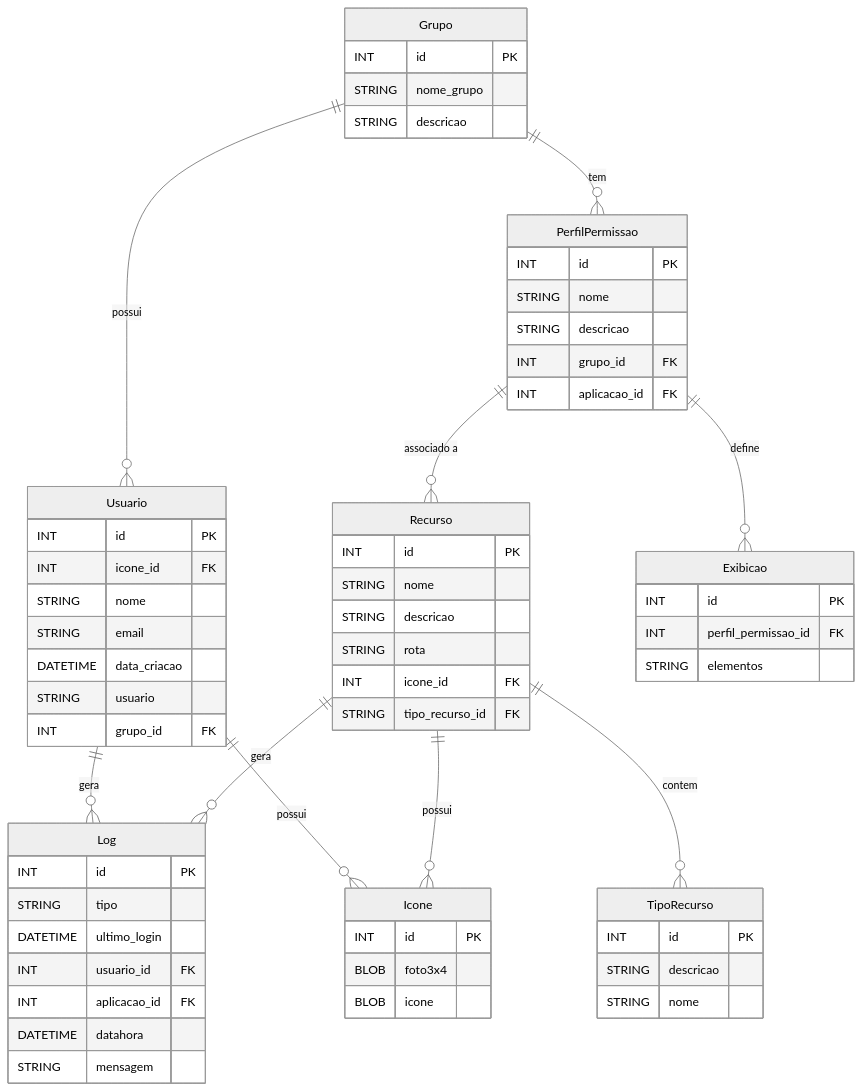
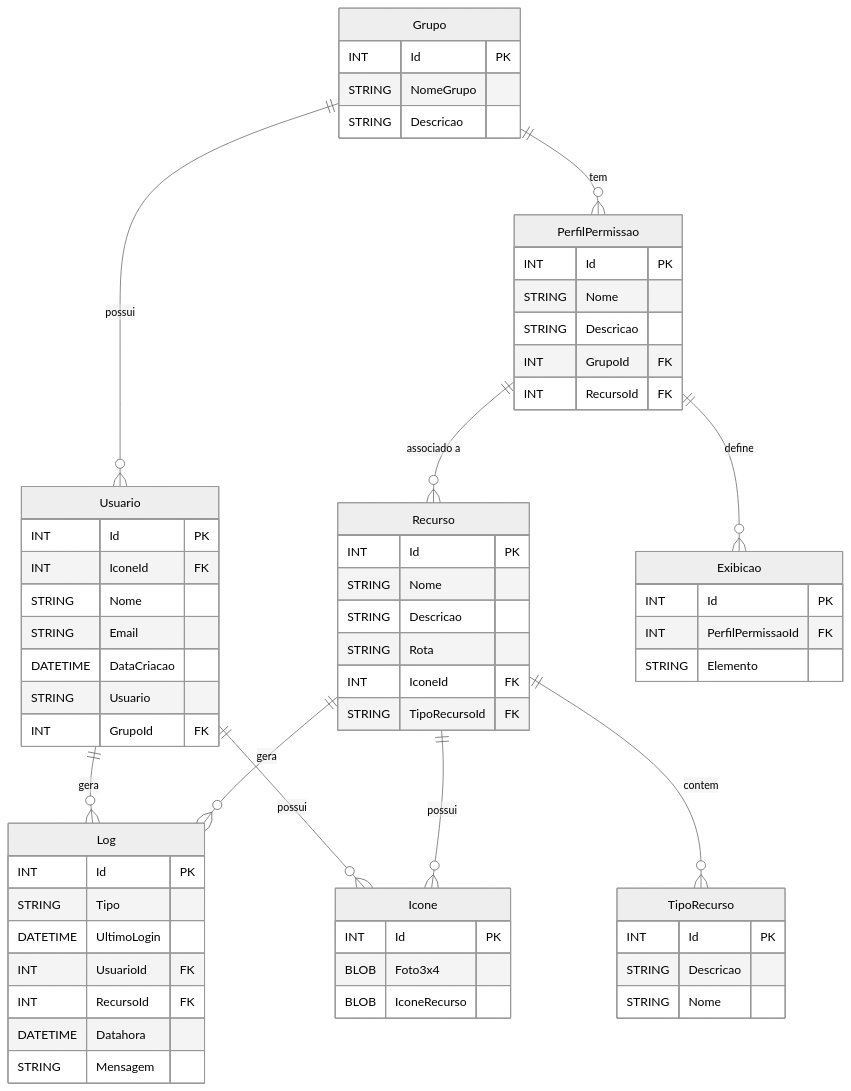
One commit to ruthmira-1risjc/exemplo-banco changed the first of 2 diagrams in README.md. Above: the diagram before and after it, drawn with Mermaid (neutral theme). The commit also changed 1 other file, not shown here.

Commit message:
atualizando

````diff
--- a/README.md
+++ b/README.md
@@ -181,75 +181,75 @@
 ```mermaid
 erDiagram
 
     Grupo {
-        INT id PK
-        STRING nome_grupo
-        STRING descricao
+        INT Id PK
+        STRING NomeGrupo
+        STRING Descricao
     }
     
     Usuario {
-        INT id PK
-        INT icone_id FK
-        STRING nome
-        STRING email
-        DATETIME data_criacao
-        STRING usuario
-        INT grupo_id FK
+        INT Id PK
+        INT IconeId FK
+        STRING Nome
+        STRING Email
+        DATETIME DataCriacao
+        STRING Usuario
+        INT GrupoId FK
     }
 
     
     Icone {
-        INT id PK
-        BLOB foto3x4
-        BLOB icone
+        INT Id PK
+        BLOB Foto3x4
+        BLOB IconeRecurso
     }
     
     Recurso {
-        INT id PK
-        STRING nome
-        STRING descricao
-        STRING rota
-         INT icone_id FK
-        STRING tipo_recurso_id FK
+        INT Id PK
+        STRING Nome
+        STRING Descricao
+        STRING Rota
+         INT IconeId FK
+        STRING TipoRecursoId FK
     }
 
      TipoRecurso {
-        INT id PK
-        STRING descricao
-        STRING nome
+        INT Id PK
+        STRING Descricao
+        STRING Nome
     }
     
     Log {
-        INT id PK
-        STRING tipo
-        DATETIME ultimo_login
-        INT usuario_id FK
-        INT aplicacao_id FK
-        DATETIME datahora
-        STRING mensagem
+        INT Id PK
+        STRING Tipo
+        DATETIME UltimoLogin
+        INT UsuarioId FK
+        INT RecursoId FK
+        DATETIME Datahora
+        STRING Mensagem
     }
     
     PerfilPermissao {
-        INT id PK
-        STRING nome
-        STRING descricao
-        INT grupo_id FK
-        INT aplicacao_id FK
+        INT Id PK
+        STRING Nome
+        STRING Descricao
+        INT GrupoId FK
+        INT RecursoId FK
     }
     
     Exibicao {
-        INT id PK
-        INT perfil_permissao_id FK
-        STRING elementos
+        INT Id PK
+        INT PerfilPermissaoId FK
+        STRING Elemento
     }
     
     Grupo ||--o{ Usuario : "possui"
     Grupo ||--o{ PerfilPermissao : "tem"
     PerfilPermissao ||--o{ Recurso : "associado a"
     PerfilPermissao ||--o{ Exibicao : "define"
     Usuario ||--o{ Log : "gera"
     Usuario ||--o{ Icone : "possui"
     Recurso ||--o{ Icone : "possui"
     Recurso ||--o{ Log : "gera"
     Recurso ||--o{ TipoRecurso : "contem"
 ```
````
